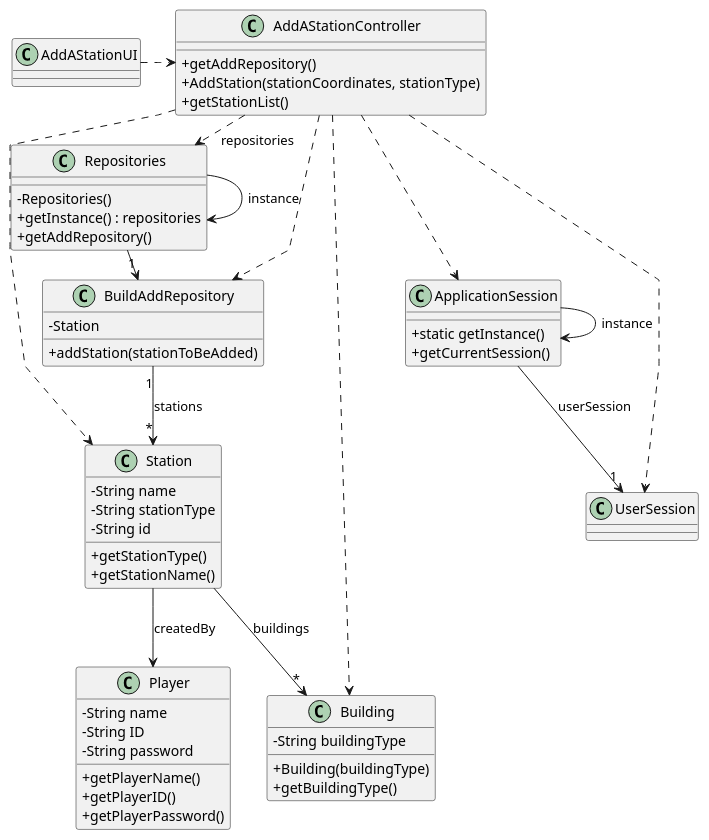
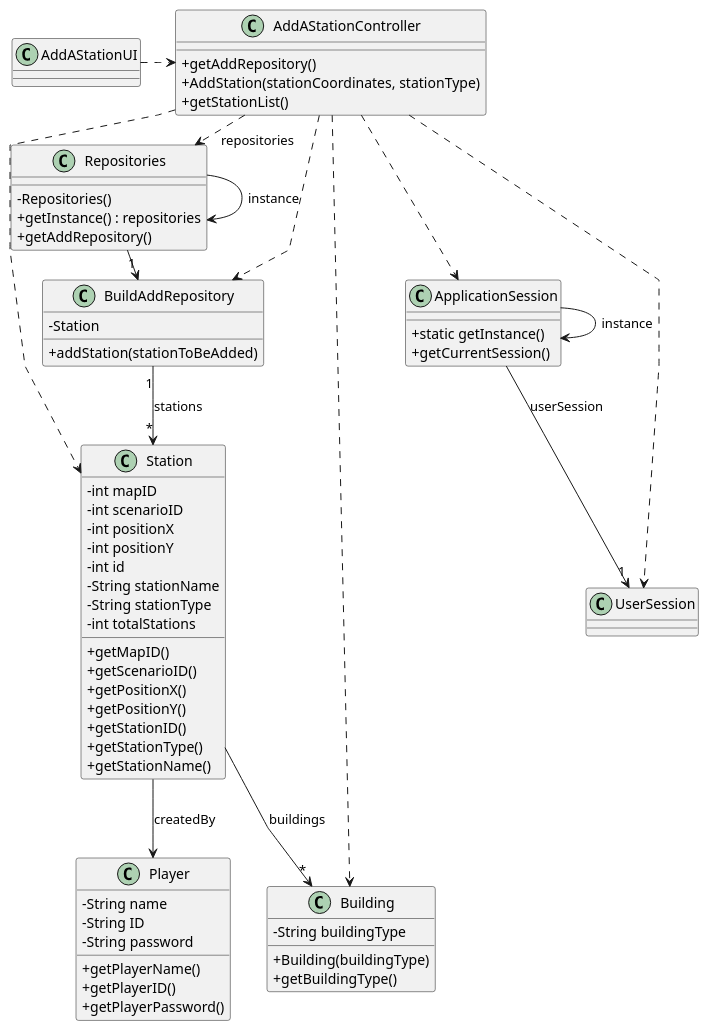
One commit to ivasduarte/all-aboard changed the diagram in docs/sprint2/us005/03.design/puml/us005-class-diagram.puml. Above: the diagram before and after it, drawn with PlantUML. The commit also changed 1 other file, not shown here.

Commit message:
US005(code): Implemented Station Class

```diff
--- a/docs/sprint2/us005/03.design/puml/us005-class-diagram.puml
+++ b/docs/sprint2/us005/03.design/puml/us005-class-diagram.puml
@@ -1,82 +1,93 @@
 @startuml
 skinparam packageeStyle rectangle
 skinparam shadowing false
 skinparam linetype polyline
 
 skinparam classAttributeIconSize 0
 
 class Player {
     - String name
     - String ID
     - String password
     + getPlayerName()
     + getPlayerID()
     + getPlayerPassword()
 }
 
 class UserSession {
 }
 
 class ApplicationSession {
     + static getInstance()
     + getCurrentSession()
 }
 
 
 class Station {
-    - String name
+    - int mapID
+    - int scenarioID
+    - int positionX
+    - int positionY
+    - int id
+    - String stationName
     - String stationType
-    - String id
+    - int totalStations
+
+    + getMapID()
+    + getScenarioID()
+    + getPositionX()
+    + getPositionY()
+    + getStationID()
     + getStationType()
     + getStationName()
 }
 
 class Building {
     - String buildingType
     + Building(buildingType)
     + getBuildingType()
 }
 
 class AddAStationUI {
 }
 
 class AddAStationController {
     + getAddRepository()
     + AddStation(stationCoordinates, stationType)
     + getStationList()
 }
 
 class Repositories {
     - Repositories()
     + getInstance() : repositories
     + getAddRepository()
 }
 
 class BuildAddRepository {
     - Station
     + addStation(stationToBeAdded)
 }
 
 Repositories -> Repositories : instance
 ApplicationSession -> ApplicationSession : instance
 
 AddAStationUI .> AddAStationController
 
 AddAStationController .> Repositories : repositories
 
 Repositories -> "1" BuildAddRepository
 AddAStationController ..> Station
 AddAStationController ..> Building
 AddAStationController ..> BuildAddRepository
 
 ApplicationSession --> "1" UserSession : userSession
 
 AddAStationController ..> ApplicationSession
 AddAStationController ..> UserSession
 
 BuildAddRepository "1" --> "*" Station : stations
 
 Station --> Player : createdBy
 Station --> "*" Building : buildings
 
 @enduml
```
